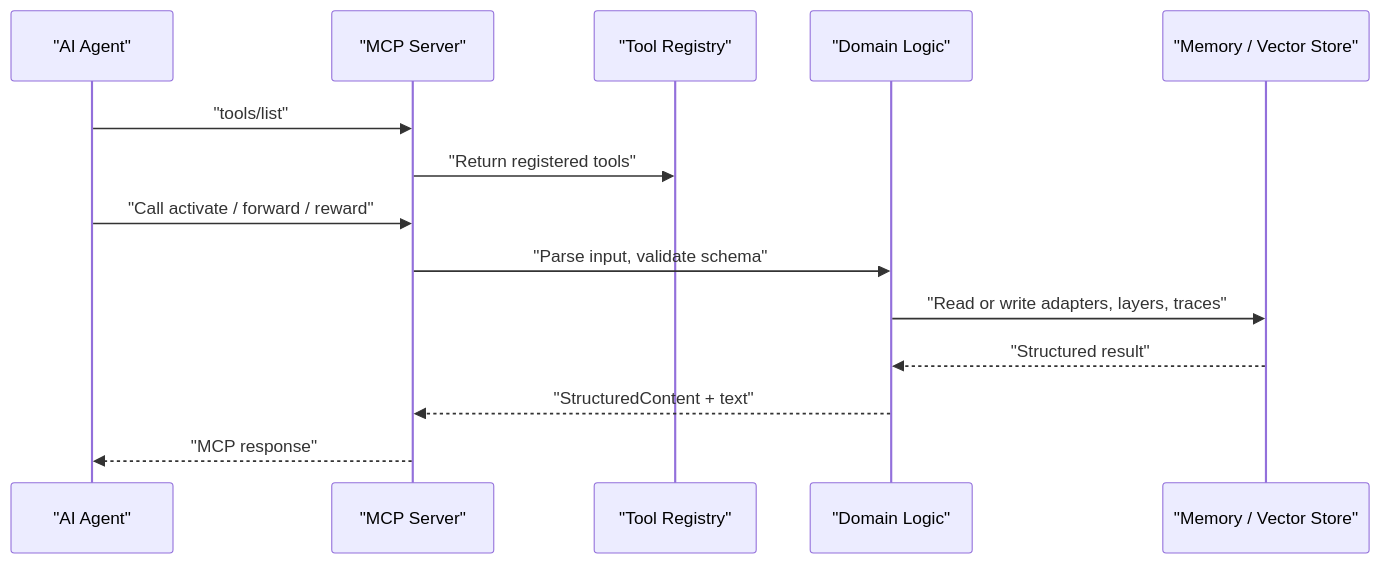
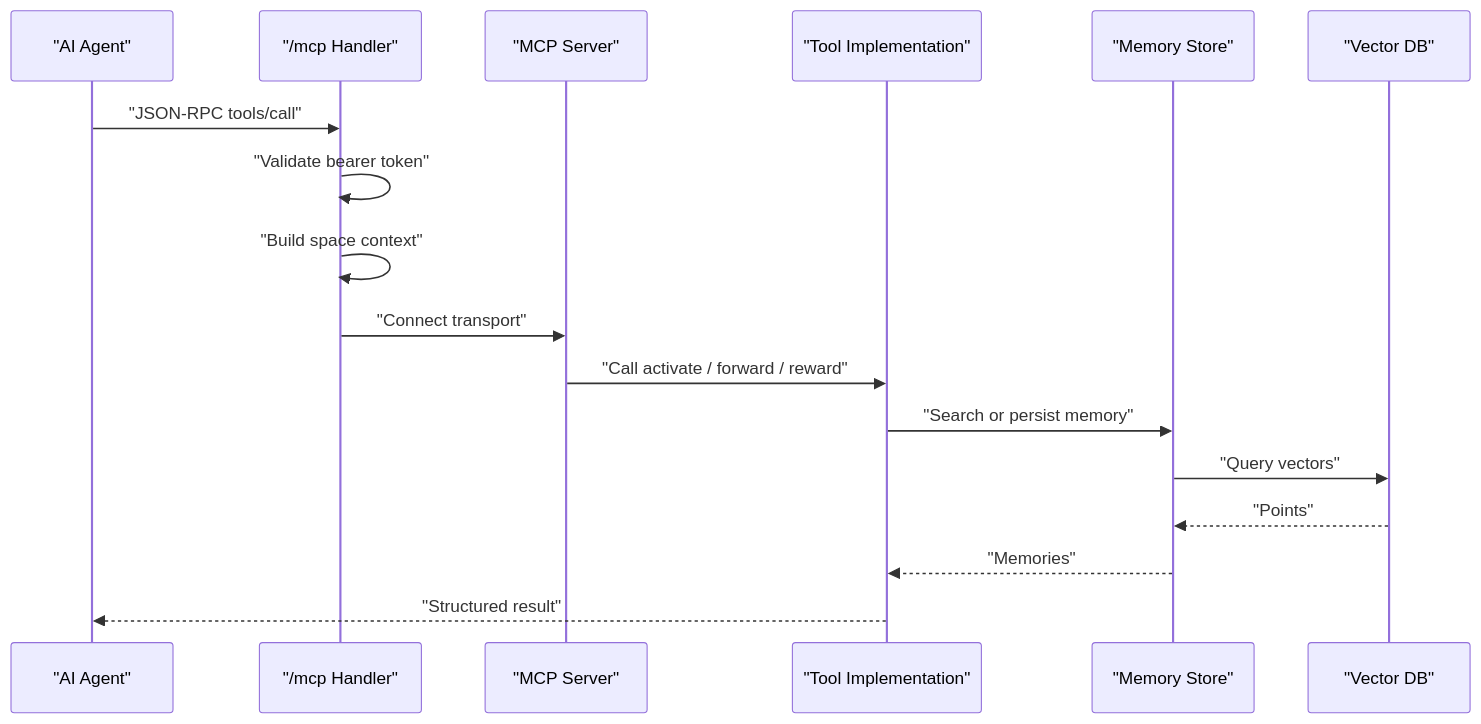
One commit to SquadRules/mcp changed the second of 13 diagrams in .qoder/repowiki/en/content/Core Concepts/Core Concepts.md. Above: the diagram before and after it, drawn with Mermaid. The commit also changed other lines of this file and 602 other files, not shown here.

````diff
--- a/.qoder/repowiki/en/content/Core Concepts/Core Concepts.md
+++ b/.qoder/repowiki/en/content/Core Concepts/Core Concepts.md
@@ -130,16 +101,19 @@
 ```mermaid
 sequenceDiagram
 participant Agent as "AI Agent"
-participant MCP as "MCP Server"
-participant Registry as "Tool Registry"
-participant Logic as "Domain Logic"
-participant Store as "Memory / Vector Store"
-Agent->>MCP : "tools/list"
-MCP->>Registry : "Return registered tools"
-Agent->>MCP : "Call activate / forward / reward"
-MCP->>Logic : "Parse input, validate schema"
-Logic->>Store : "Read or write adapters, layers, traces"
-Store-->>Logic : "Structured result"
-Logic-->>MCP : "StructuredContent + text"
-MCP-->>Agent : "MCP response"
+participant HTTP as "/mcp Handler"
+participant Server as "MCP Server"
+participant Tool as "Tool Implementation"
+participant Store as "Memory Store"
+participant DB as "Vector DB"
+Agent->>HTTP : "JSON-RPC tools/call"
+HTTP->>HTTP : "Validate bearer token"
+HTTP->>HTTP : "Build space context"
+HTTP->>Server : "Connect transport"
+Server->>Tool : "Call activate / forward / reward"
+Tool->>Store : "Search or persist memory"
+Store->>DB : "Query vectors"
+DB-->>Store : "Points"
+Store-->>Tool : "Memories"
+Tool-->>Agent : "Structured result"
 ```
````
